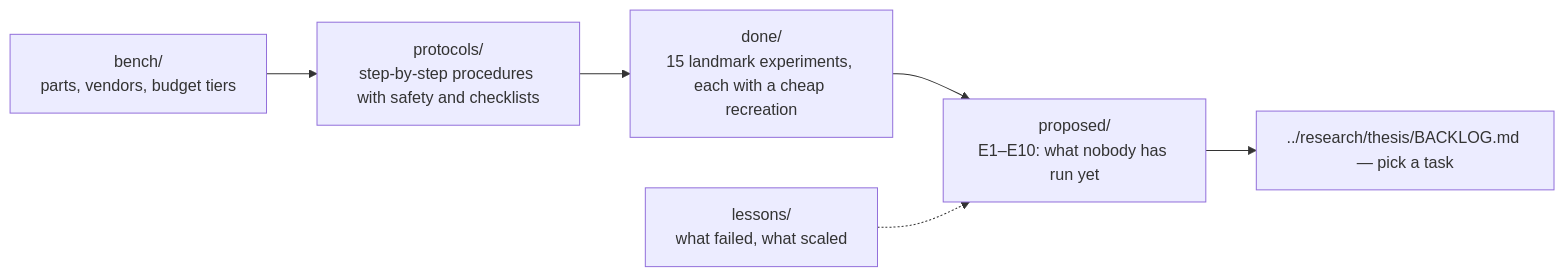
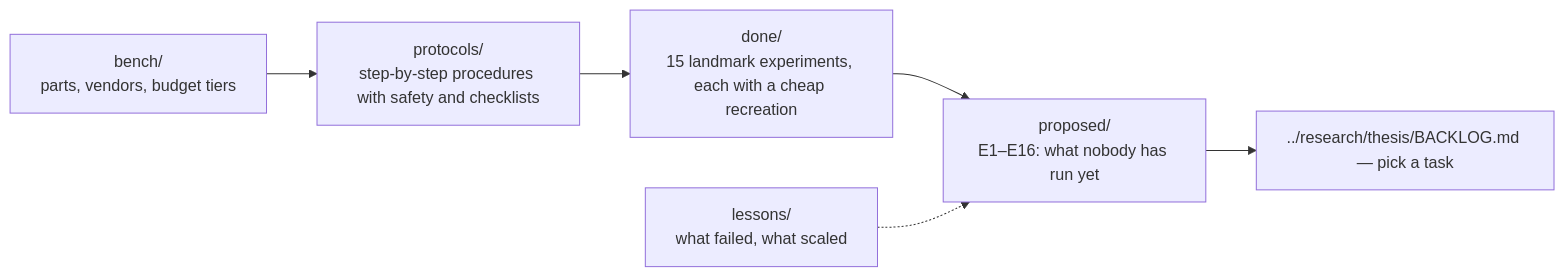
One commit to Normansrule/quantum-link-research changed the diagram in experiments/README.md. Above: the diagram before and after it, drawn with Mermaid. The commit also changed other lines of this file and 45 other files, not shown here.

````diff
--- a/experiments/README.md
+++ b/experiments/README.md
@@ -7,8 +7,8 @@
 ```mermaid
 flowchart LR
   B["bench/<br/>parts, vendors, budget tiers"] --> P["protocols/<br/>step-by-step procedures with safety and checklists"]
   P --> D["done/<br/>15 landmark experiments, each with a cheap recreation"]
-  D --> X["proposed/<br/>E1–E10: what nobody has run yet"]
+  D --> X["proposed/<br/>E1–E16: what nobody has run yet"]
   L["lessons/<br/>what failed, what scaled"] -.-> X
   X --> R["../research/thesis/BACKLOG.md — pick a task"]
 ```
````
